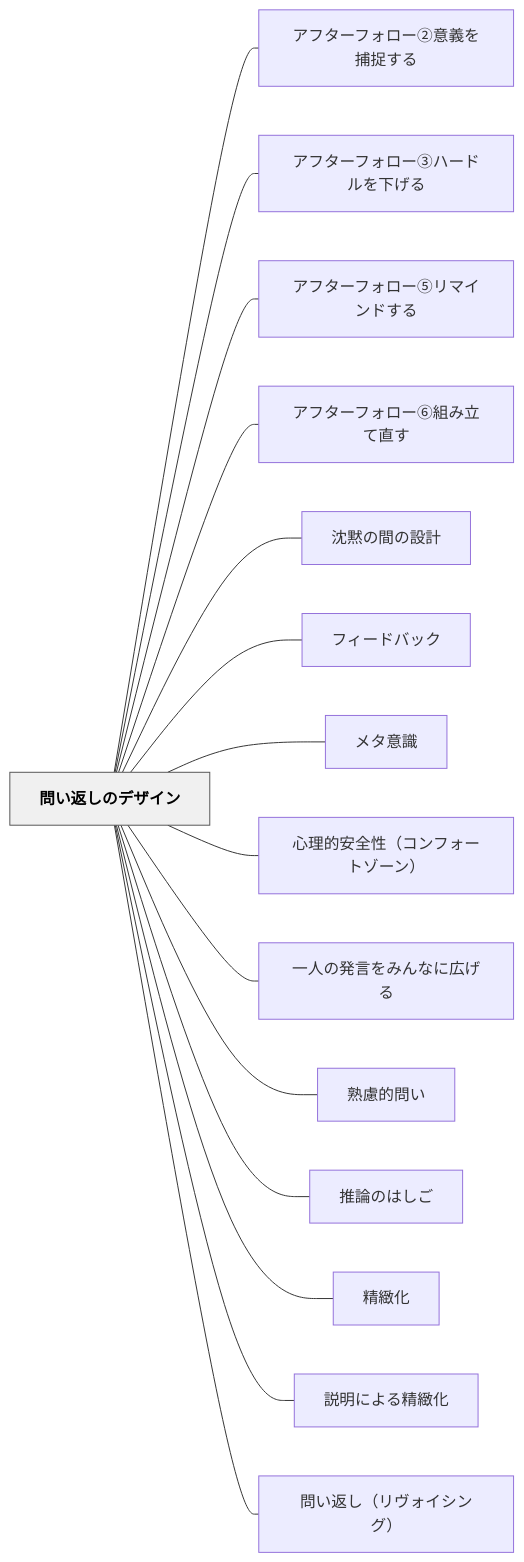
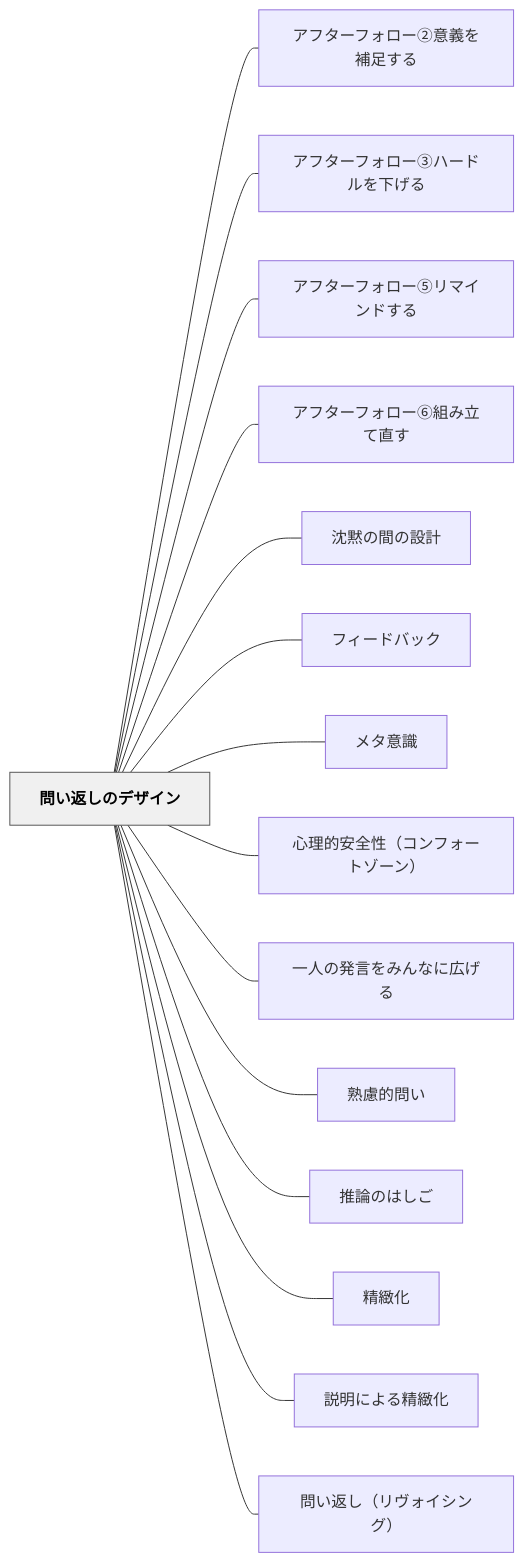
One commit to unknownthings-ed-patterns/unknownthings-ed-patterns changed the diagram in content/パタン/問い返しのデザイン.md. Above: the diagram before and after it, drawn with Mermaid. The commit also changed other lines of this file and 28 other files, not shown here.

````diff
--- a/content/パタン/問い返しのデザイン.md
+++ b/content/パタン/問い返しのデザイン.md
@@ -98,36 +98,36 @@
 ```mermaid
 flowchart LR
     ne5958fe38184e8bf94e38197e381aee38387e382b6e382a4e383b3["問い返しのデザイン"]
-    ne382a2e38395e382bfe383bce38395e382a9e383ade383bce291a1e6848fe7bea9e38292e68d95e68d89e38199e3828b["アフターフォロー②意義を捕捉する"]
+    ne382a2e38395e382bfe383bce38395e382a9e383ade383bce291a1e6848fe7bea9e38292e8a39ce8b6b3e38199e3828b["アフターフォロー②意義を補足する"]
     ne382a2e38395e382bfe383bce38395e382a9e383ade383bce291a2e3838fe383bce38389e383abe38292e4b88be38192e3828b["アフターフォロー③ハードルを下げる"]
     ne382a2e38395e382bfe383bce38395e382a9e383ade383bce291a4e383aae3839ee382a4e383b3e38389e38199e3828b["アフターフォロー⑤リマインドする"]
     ne382a2e38395e382bfe383bce38395e382a9e383ade383bce291a5e7b584e381bfe7ab8be381a6e79bb4e38199["アフターフォロー⑥組み立て直す"]
     ne6b288e9bb99e381aee99693e381aee8a8ade8a888["沈黙の間の設計"]
     ne38395e382a3e383bce38389e38390e38383e382af["フィードバック"]
     ne383a1e382bfe6848fe8ad98["メタ意識"]
     ne5bf83e79086e79a84e5ae89e585a8e680a7efbc88e382b3e383b3e38395e382a9e383bce38388e382bee383bce383b3efbc89["心理的安全性（コンフォートゾーン）"]
     ne4b880e4babae381aee799bae8a880e38292e381bfe38293e381aae381abe5ba83e38192e3828b["一人の発言をみんなに広げる"]
     ne7869fe685aee79a84e5958fe38184["熟慮的問い"]
     ne68ea8e8ab96e381aee381afe38197e38194["推論のはしご"]
     ne7b2bee7b7bbe58c96["精緻化"]
     ne8aaace6988ee381abe38288e3828be7b2bee7b7bbe58c96["説明による精緻化"]
     ne5958fe38184e8bf94e38197efbc88e383aae383b4e382a9e382a4e382b7e383b3e382b0efbc89["問い返し（リヴォイシング）"]
 
-    ne5958fe38184e8bf94e38197e381aee38387e382b6e382a4e383b3 --- ne382a2e38395e382bfe383bce38395e382a9e383ade383bce291a1e6848fe7bea9e38292e68d95e68d89e38199e3828b
+    ne5958fe38184e8bf94e38197e381aee38387e382b6e382a4e383b3 --- ne382a2e38395e382bfe383bce38395e382a9e383ade383bce291a1e6848fe7bea9e38292e8a39ce8b6b3e38199e3828b
     ne5958fe38184e8bf94e38197e381aee38387e382b6e382a4e383b3 --- ne382a2e38395e382bfe383bce38395e382a9e383ade383bce291a2e3838fe383bce38389e383abe38292e4b88be38192e3828b
     ne5958fe38184e8bf94e38197e381aee38387e382b6e382a4e383b3 --- ne382a2e38395e382bfe383bce38395e382a9e383ade383bce291a4e383aae3839ee382a4e383b3e38389e38199e3828b
     ne5958fe38184e8bf94e38197e381aee38387e382b6e382a4e383b3 --- ne382a2e38395e382bfe383bce38395e382a9e383ade383bce291a5e7b584e381bfe7ab8be381a6e79bb4e38199
     ne5958fe38184e8bf94e38197e381aee38387e382b6e382a4e383b3 --- ne6b288e9bb99e381aee99693e381aee8a8ade8a888
     ne5958fe38184e8bf94e38197e381aee38387e382b6e382a4e383b3 --- ne38395e382a3e383bce38389e38390e38383e382af
     ne5958fe38184e8bf94e38197e381aee38387e382b6e382a4e383b3 --- ne383a1e382bfe6848fe8ad98
     ne5958fe38184e8bf94e38197e381aee38387e382b6e382a4e383b3 --- ne5bf83e79086e79a84e5ae89e585a8e680a7efbc88e382b3e383b3e38395e382a9e383bce38388e382bee383bce383b3efbc89
     ne5958fe38184e8bf94e38197e381aee38387e382b6e382a4e383b3 --- ne4b880e4babae381aee799bae8a880e38292e381bfe38293e381aae381abe5ba83e38192e3828b
     ne5958fe38184e8bf94e38197e381aee38387e382b6e382a4e383b3 --- ne7869fe685aee79a84e5958fe38184
     ne5958fe38184e8bf94e38197e381aee38387e382b6e382a4e383b3 --- ne68ea8e8ab96e381aee381afe38197e38194
     ne5958fe38184e8bf94e38197e381aee38387e382b6e382a4e383b3 --- ne7b2bee7b7bbe58c96
     ne5958fe38184e8bf94e38197e381aee38387e382b6e382a4e383b3 --- ne8aaace6988ee381abe38288e3828be7b2bee7b7bbe58c96
     ne5958fe38184e8bf94e38197e381aee38387e382b6e382a4e383b3 --- ne5958fe38184e8bf94e38197efbc88e383aae383b4e382a9e382a4e382b7e383b3e382b0efbc89
 
     classDef hub fill:#f0f0f0,stroke:#555,color:#000,font-weight:bold
     class ne5958fe38184e8bf94e38197e381aee38387e382b6e382a4e383b3 hub
 ```
````
